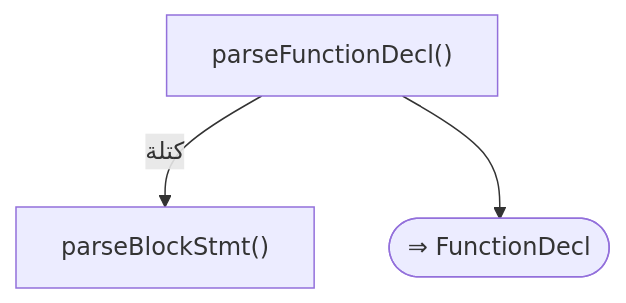
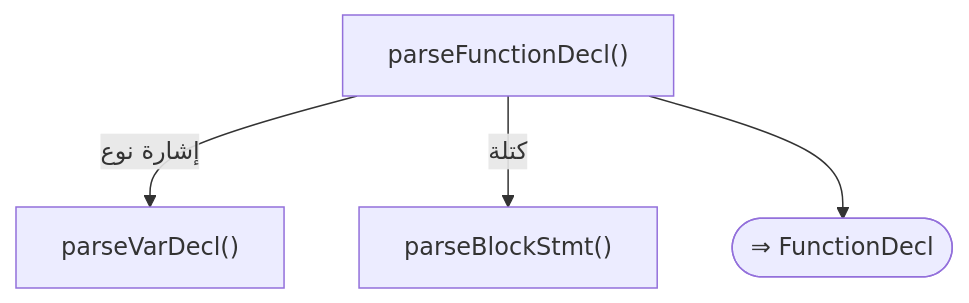
One commit to sadlang/sadlang changed the sixth of 17 diagrams in docs/parser_rule/_generated/20_declarations.md. Above: the diagram before and after it, drawn with Mermaid. The commit also changed other lines of this file and 593 other files, not shown here.

````diff
--- a/docs/parser_rule/_generated/20_declarations.md
+++ b/docs/parser_rule/_generated/20_declarations.md
@@ -206,8 +215,10 @@
 ```mermaid
 flowchart TD
   f1["parseFunctionDecl()"]
-  f2["parseBlockStmt()"]
-  f1 -- "كتلة" --> f2
-  f3(["⇒ FunctionDecl"])
-  f1 --> f3
+  f2["parseVarDecl()"]
+  f1 -- "إشارة نوع" --> f2
+  f3["parseBlockStmt()"]
+  f1 -- "كتلة" --> f3
+  f4(["⇒ FunctionDecl"])
+  f1 --> f4
 ```
````
